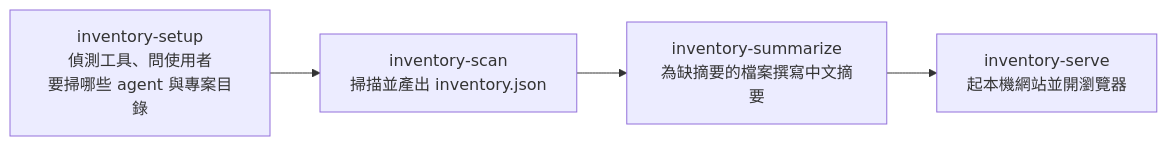
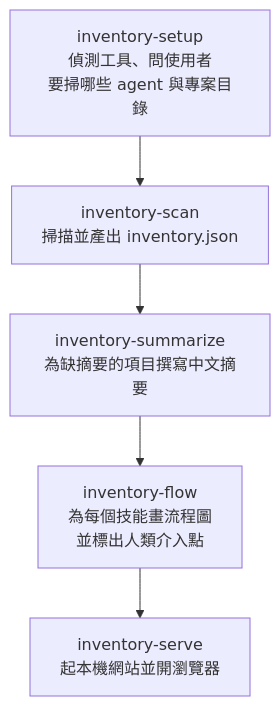
One commit to iamraven-tw/agent-inventory changed the diagram in .agents/skills/inventory/SKILL.md. Above: the diagram before and after it, drawn with Mermaid. The commit also changed other lines of this file and 11 other files, not shown here.

First line of the commit message:
技能流程圖：Mermaid 圖表區分 AI agent 節點與人類介入點

````diff
--- a/.agents/skills/inventory/SKILL.md
+++ b/.agents/skills/inventory/SKILL.md
@@ -14,6 +14,7 @@
 ```mermaid
-flowchart LR
+flowchart TD
     A[inventory-setup<br/>偵測工具、問使用者<br/>要掃哪些 agent 與專案目錄] --> B[inventory-scan<br/>掃描並產出 inventory.json]
-    B --> C[inventory-summarize<br/>為缺摘要的檔案撰寫中文摘要]
-    C --> D[inventory-serve<br/>起本機網站並開瀏覽器]
+    B --> C[inventory-summarize<br/>為缺摘要的項目撰寫中文摘要]
+    C --> D[inventory-flow<br/>為每個技能畫流程圖<br/>並標出人類介入點]
+    D --> E[inventory-serve<br/>起本機網站並開瀏覽器]
 ```
````
